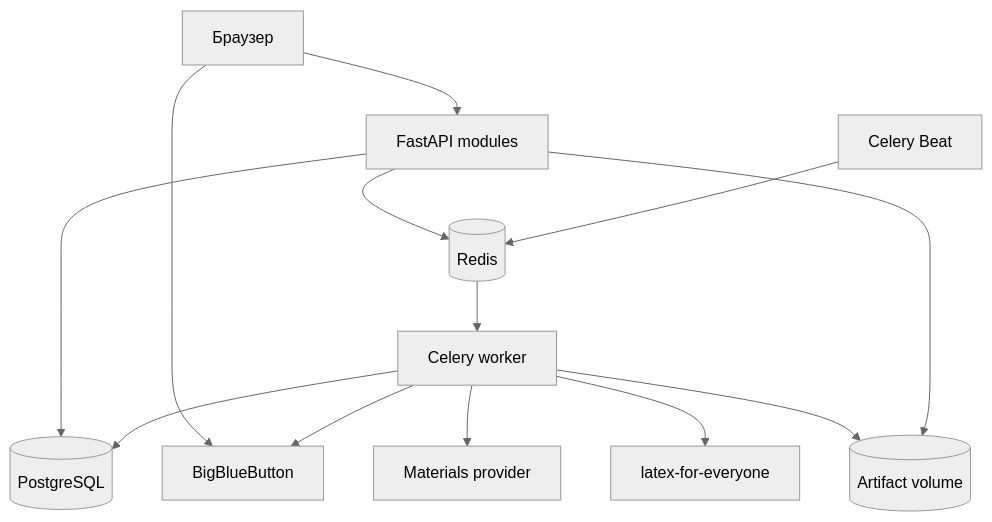
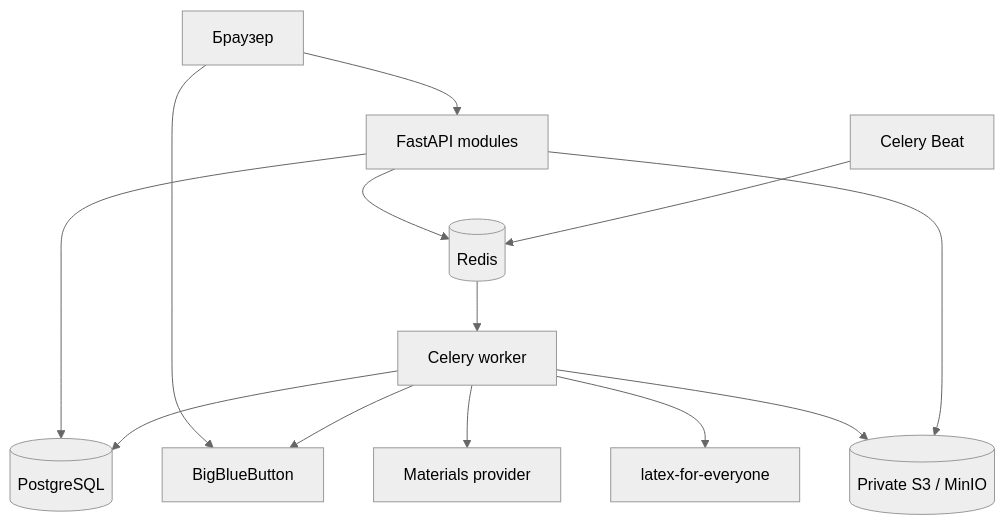
Before and after one commit to ArtemLevin/tutor-assistant-web: the fourth of 4 diagrams in docs/architecture.md, drawn with Mermaid (neutral theme). The commit also changed other lines of this file and 2 other files, not shown here.

Commit message:
docs: synchronize architecture and board runtime

````diff
--- a/docs/architecture.md
+++ b/docs/architecture.md
@@ -128,15 +140,15 @@
 ```mermaid
 flowchart TB
     Browser[Браузер] --> App[FastAPI modules]
     Browser --> BBB[BigBlueButton]
     App --> Postgres[(PostgreSQL)]
     App --> Redis[(Redis)]
     Redis --> Worker[Celery worker]
     Beat[Celery Beat] --> Redis
     Worker --> BBB
     Worker --> AI[Materials provider]
     Worker --> Latex[latex-for-everyone]
-    Worker --> Files[(Artifact volume)]
+    Worker --> Files[(Private S3 / MinIO)]
     App --> Files
     Worker --> Postgres
 ```
````
